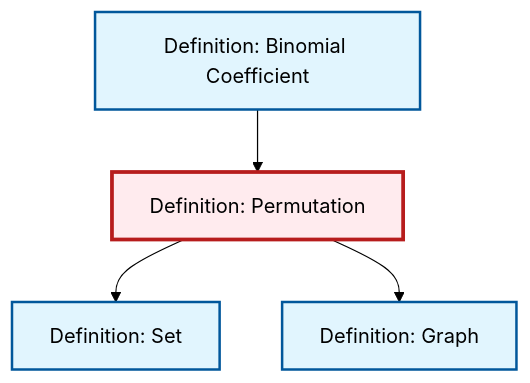
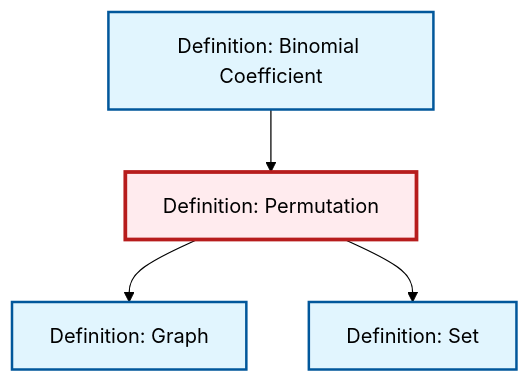
Before and after one commit to RK0429/ModernMath: the diagram in content/en/combinatorics/def-permutation.qmd, drawn with Mermaid (forest theme). The commit also changed other lines of this file and 615 other files, not shown here.

````diff
--- a/content/en/combinatorics/def-permutation.qmd
+++ b/content/en/combinatorics/def-permutation.qmd
@@ -52,20 +52,20 @@
 ```{mermaid}
 %%| fig-cap: "Local dependency graph"
 graph TD
     classDef definition fill:#e1f5fe,stroke:#01579b,stroke-width:2px
     classDef theorem fill:#f3e5f5,stroke:#4a148c,stroke-width:2px
     classDef axiom fill:#fff3e0,stroke:#e65100,stroke-width:2px
     classDef example fill:#e8f5e9,stroke:#1b5e20,stroke-width:2px
     classDef current fill:#ffebee,stroke:#b71c1c,stroke-width:3px
+    def-binomial-coefficient["Definition: Binomial Coefficient"]:::definition
+    def-permutation["Definition: Permutation"]:::definition
+    def-set["Definition: Set"]:::definition
     def-graph["Definition: Graph"]:::definition
-    def-permutation["Definition: Permutation"]:::definition
-    def-binomial-coefficient["Definition: Binomial Coefficient"]:::definition
-    def-set["Definition: Set"]:::definition
     def-binomial-coefficient --> def-permutation
+    def-permutation --> def-graph
     def-permutation --> def-set
-    def-permutation --> def-graph
     class def-permutation current
-    click def-graph "def-graph.html" "Go to Graph definition"
     click def-binomial-coefficient "def-binomial-coefficient.html" "Go to Binomial Coefficient definition"
     click def-set "def-set.html" "Go to Set definition"
+    click def-graph "def-graph.html" "Go to Graph definition"
 ```
````
